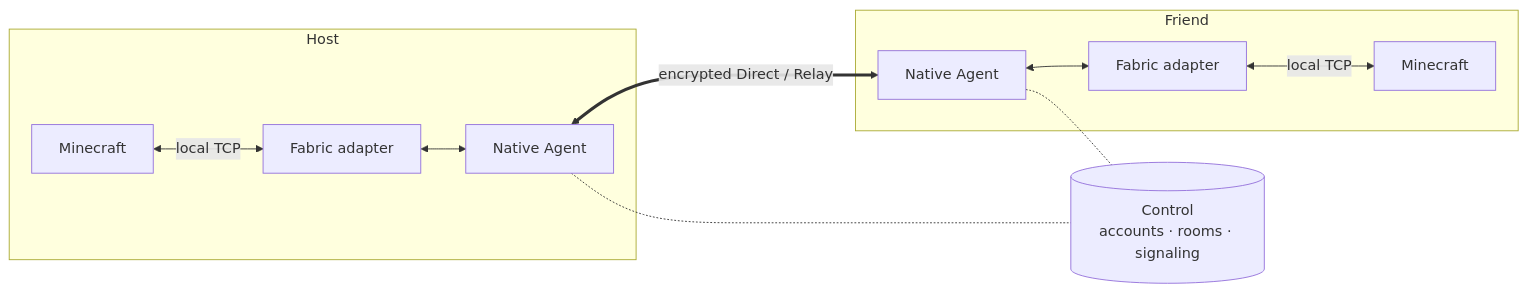
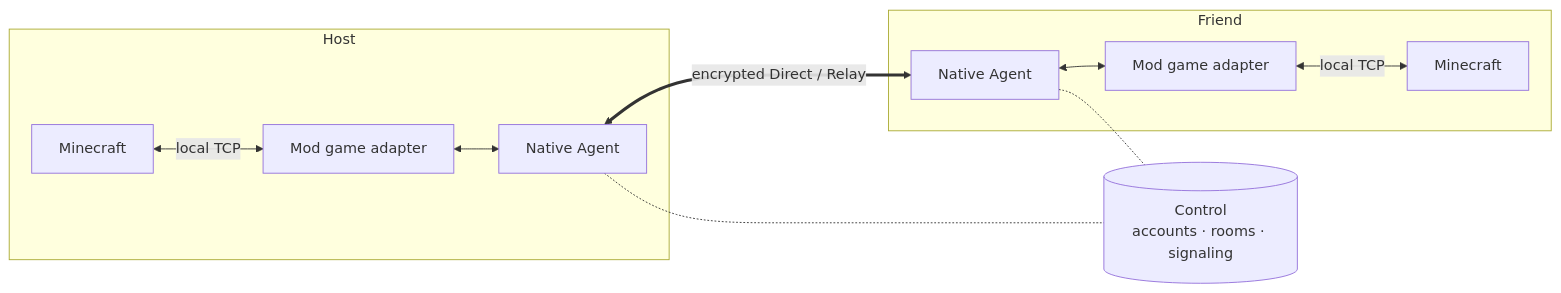
The diagram in README.en.md (buggzd/p2wlan-mc), drawn with Mermaid before and after one commit. The commit also changed other lines of this file and 36 other files, not shown here.

````diff
--- a/README.en.md
+++ b/README.en.md
@@ -83,13 +105,13 @@
 ```mermaid
 flowchart LR
     subgraph host [Host]
-        MA[Minecraft] <-->|local TCP| FA[Fabric adapter] <--> NA[Native Agent]
+        MA[Minecraft] <-->|local TCP| FA[Mod game adapter] <--> NA[Native Agent]
     end
     subgraph guest [Friend]
-        NB[Native Agent] <--> FB[Fabric adapter] <-->|local TCP| MB[Minecraft]
+        NB[Native Agent] <--> FB[Mod game adapter] <-->|local TCP| MB[Minecraft]
     end
     NA <==>|encrypted Direct / Relay| NB
     C[(Control<br/>accounts · rooms · signaling)]
     NA -.- C
     NB -.- C
 ```
````
